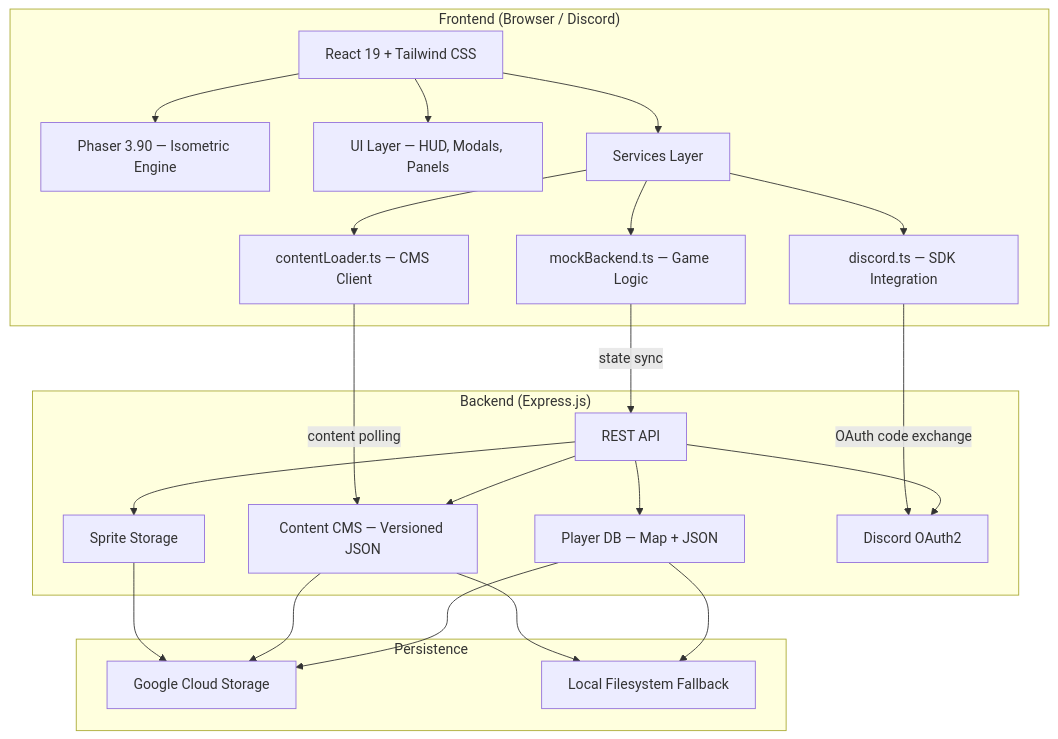
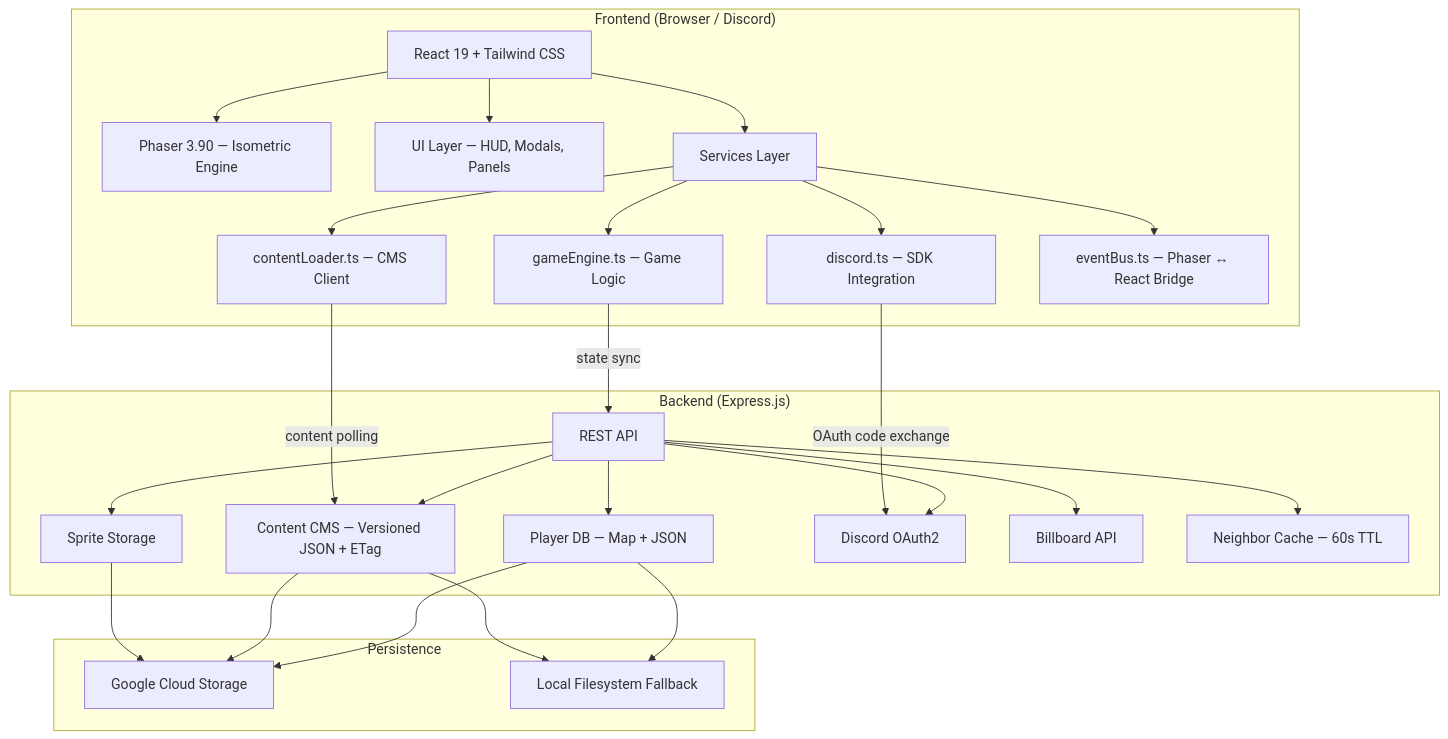
The first of 2 diagrams in README.md (Le-Who/GEMINI_egg_farm_PROD_READY), drawn with Mermaid before and after one commit. The commit also changed other lines of this file and 6 other files, not shown here.

Commit message:
feat: Introduce HUD, Shop, Sticker Picker, Dye System, Billboard, and Echo Ghosts features with new game engine and content.

````diff
--- a/README.md
+++ b/README.md
@@ -24,30 +27,33 @@
 ```mermaid
 graph TB
     subgraph Client ["Frontend (Browser / Discord)"]
         A[React 19 + Tailwind CSS] --> B[Phaser 3.90 — Isometric Engine]
         A --> C[UI Layer — HUD, Modals, Panels]
         A --> D[Services Layer]
-        D --> D1[mockBackend.ts — Game Logic]
+        D --> D1[gameEngine.ts — Game Logic]
         D --> D2[contentLoader.ts — CMS Client]
         D --> D3[discord.ts — SDK Integration]
+        D --> D4[eventBus.ts — Phaser ↔ React Bridge]
     end
 
     subgraph Server ["Backend (Express.js)"]
         E[REST API] --> F[Player DB — Map + JSON]
-        E --> G[Content CMS — Versioned JSON]
+        E --> G[Content CMS — Versioned JSON + ETag]
         E --> H[Sprite Storage]
         E --> I[Discord OAuth2]
+        E --> E1[Billboard API]
+        E --> E2[Neighbor Cache — 60s TTL]
     end
 
     subgraph Storage ["Persistence"]
         F --> J[Google Cloud Storage]
         G --> J
         H --> J
         F --> K[Local Filesystem Fallback]
         G --> K
     end
 
     D1 -->|state sync| E
     D2 -->|content polling| G
     D3 -->|OAuth code exchange| I
 ```
````
